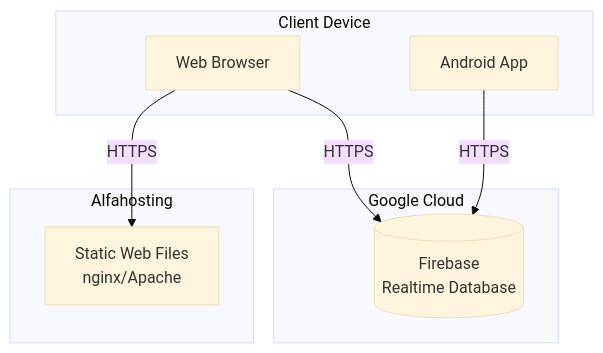
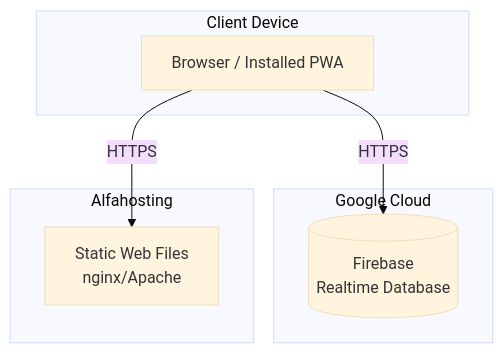
The diagram in docs/arc42/07-deployment-view.md (deglerj/dabb), drawn with Mermaid (base theme) before and after one commit. The commit also changed other lines of this file and 29 other files, not shown here.

````diff
--- a/docs/arc42/07-deployment-view.md
+++ b/docs/arc42/07-deployment-view.md
@@ -5,19 +5,17 @@
 ```mermaid
 flowchart TB
     subgraph client [Client Device]
-        browser[Web Browser]
-        android[Android App]
+        browser[Browser / Installed PWA]
     end
 
     subgraph google [Google Cloud]
         firebase[(Firebase\nRealtime Database)]
     end
 
     subgraph alfahosting [Alfahosting]
         web[Static Web Files\nnginx/Apache]
     end
 
     browser -->|"HTTPS"| web
-    android -->|"HTTPS"| firebase
     browser -->|"HTTPS"| firebase
 ```
````
